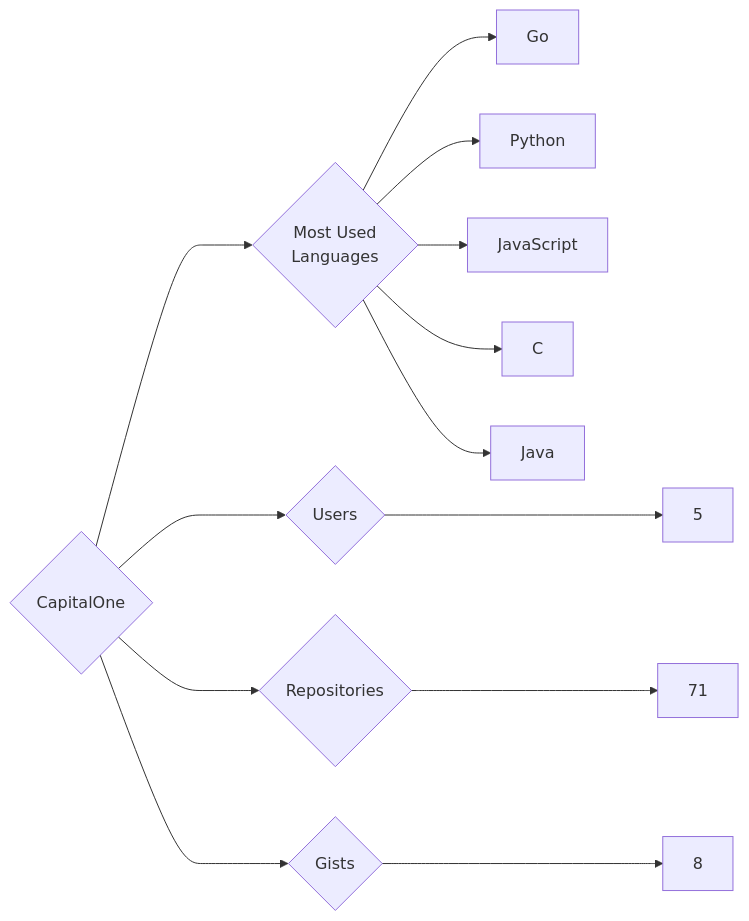
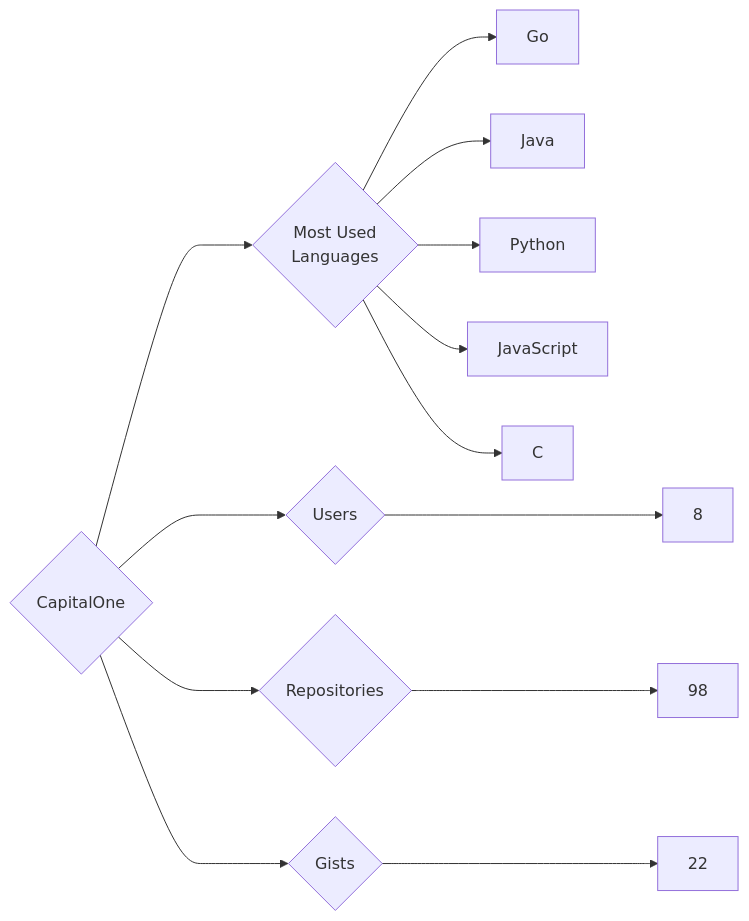
Before and after one commit to trickest/insiders: the diagram in targets/CapitalOne/README.md, drawn with Mermaid. The commit also changed 951 other files, not shown here.

````diff
--- a/targets/CapitalOne/README.md
+++ b/targets/CapitalOne/README.md
@@ -3,13 +3,13 @@
 ```mermaid
 graph LR
 COMPANY_NAME{CapitalOne}
-COMPANY_NAME ---> U{Users} ---> UN[5]
-COMPANY_NAME ---> R{Repositories} ---> RN[71]
-COMPANY_NAME ---> G{Gists} ---> GN[8]
+COMPANY_NAME ---> U{Users} ---> UN[8]
+COMPANY_NAME ---> R{Repositories} ---> RN[98]
+COMPANY_NAME ---> G{Gists} ---> GN[22]
 COMPANY_NAME ---> ML{Most Used<br>Languages}
-ML --> Go
-ML --> Python
-ML --> JavaScript
-ML --> C
-ML --> Java
+ML --> Go[Go]
+ML --> Java[Java]
+ML --> Python[Python]
+ML --> JavaScript[JavaScript]
+ML --> C[C]
 ```
````
